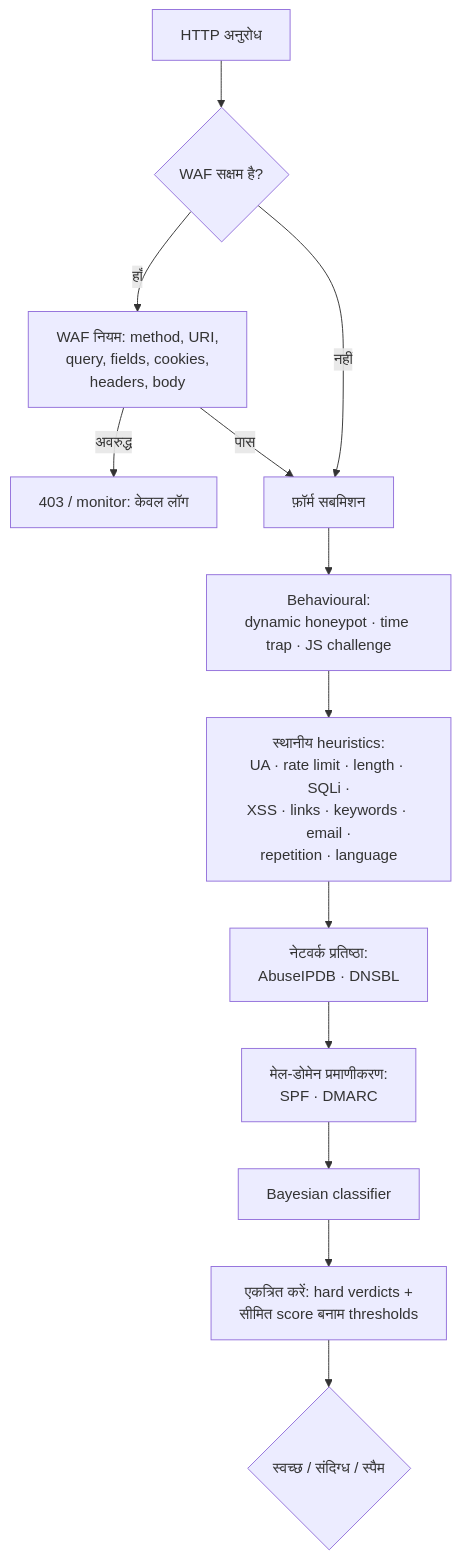
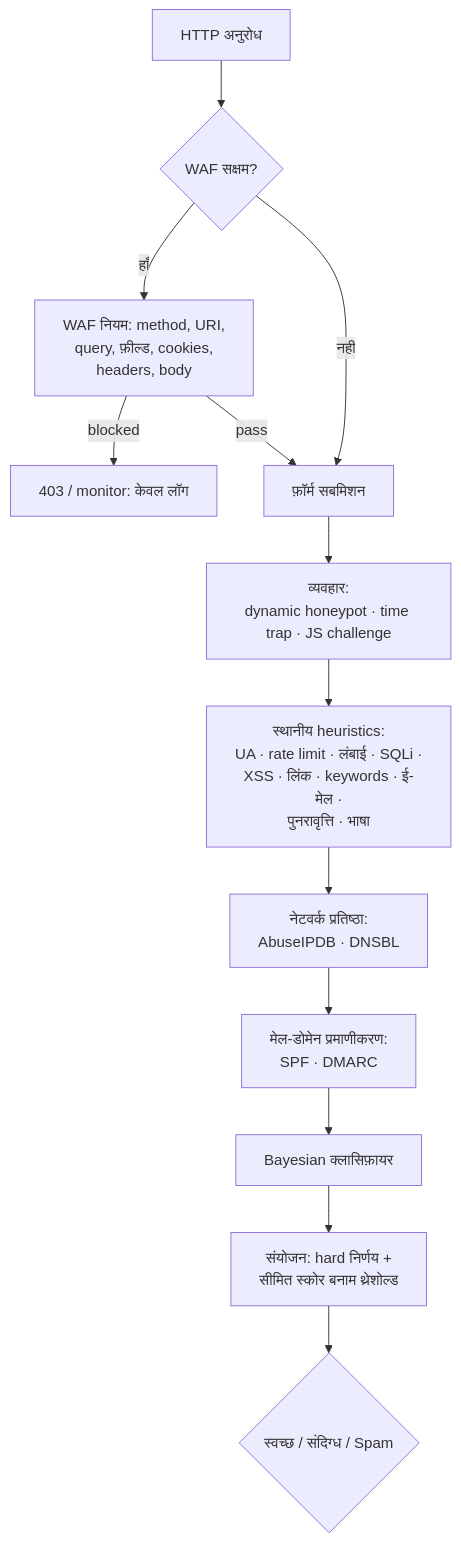
The diagram in README.hi.md (paulmann/PHP-Form-Spam-Checker), drawn with Mermaid before and after one commit. The commit also changed other lines of this file and 3 other files, not shown here.

````diff
--- a/README.hi.md
+++ b/README.hi.md
@@ -101,15 +119,15 @@
 ```mermaid
 flowchart TD
-    A[HTTP अनुरोध] --> B{WAF सक्षम है?}
-    B -- हाँ --> C[WAF नियम: method, URI,<br/>query, fields, cookies,<br/>headers, body]
-    C -- अवरुद्ध --> Z[403 / monitor: केवल लॉग]
-    C -- पास --> D[फ़ॉर्म सबमिशन]
+    A[HTTP अनुरोध] --> B{WAF सक्षम?}
+    B -- हाँ --> C[WAF नियम: method, URI,<br/>query, फ़ील्ड, cookies,<br/>headers, body]
+    C -- blocked --> Z[403 / monitor: केवल लॉग]
+    C -- pass --> D[फ़ॉर्म सबमिशन]
     B -- नहीं --> D
-    D --> E[Behavioural:<br/>dynamic honeypot · time trap · JS challenge]
-    E --> F[स्थानीय heuristics:<br/>UA · rate limit · length · SQLi ·<br/>XSS · links · keywords · email ·<br/>repetition · language]
+    D --> E[व्यवहार:<br/>dynamic honeypot · time trap · JS challenge]
+    E --> F[स्थानीय heuristics:<br/>UA · rate limit · लंबाई · SQLi ·<br/>XSS · लिंक · keywords · ई-मेल ·<br/>पुनरावृत्ति · भाषा]
     F --> G[नेटवर्क प्रतिष्ठा:<br/>AbuseIPDB · DNSBL]
     G --> H[मेल-डोमेन प्रमाणीकरण:<br/>SPF · DMARC]
-    H --> I[Bayesian classifier]
-    I --> J[एकत्रित करें: hard verdicts +<br/>सीमित score बनाम thresholds]
-    J --> K{स्वच्छ / संदिग्ध / स्पैम}
+    H --> I[Bayesian क्लासिफ़ायर]
+    I --> J[संयोजन: hard निर्णय +<br/>सीमित स्कोर बनाम थ्रेशोल्ड]
+    J --> K{स्वच्छ / संदिग्ध / Spam}
 ```
````
